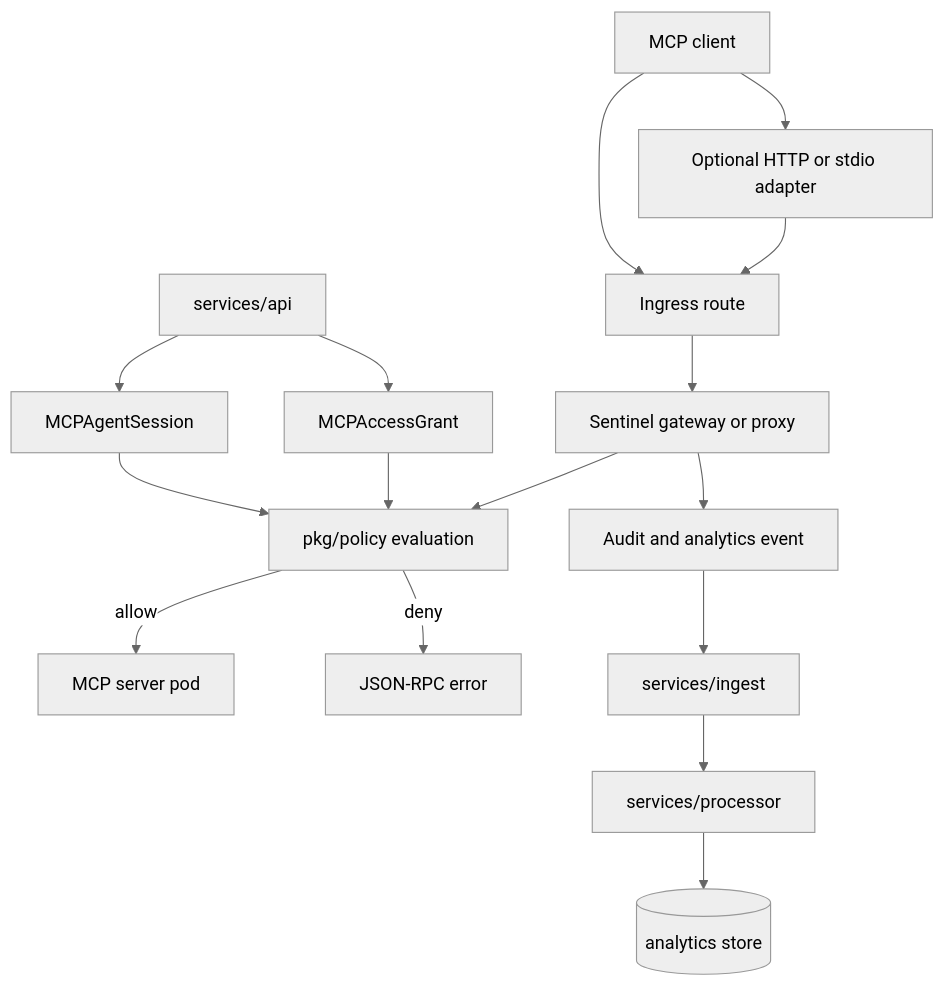
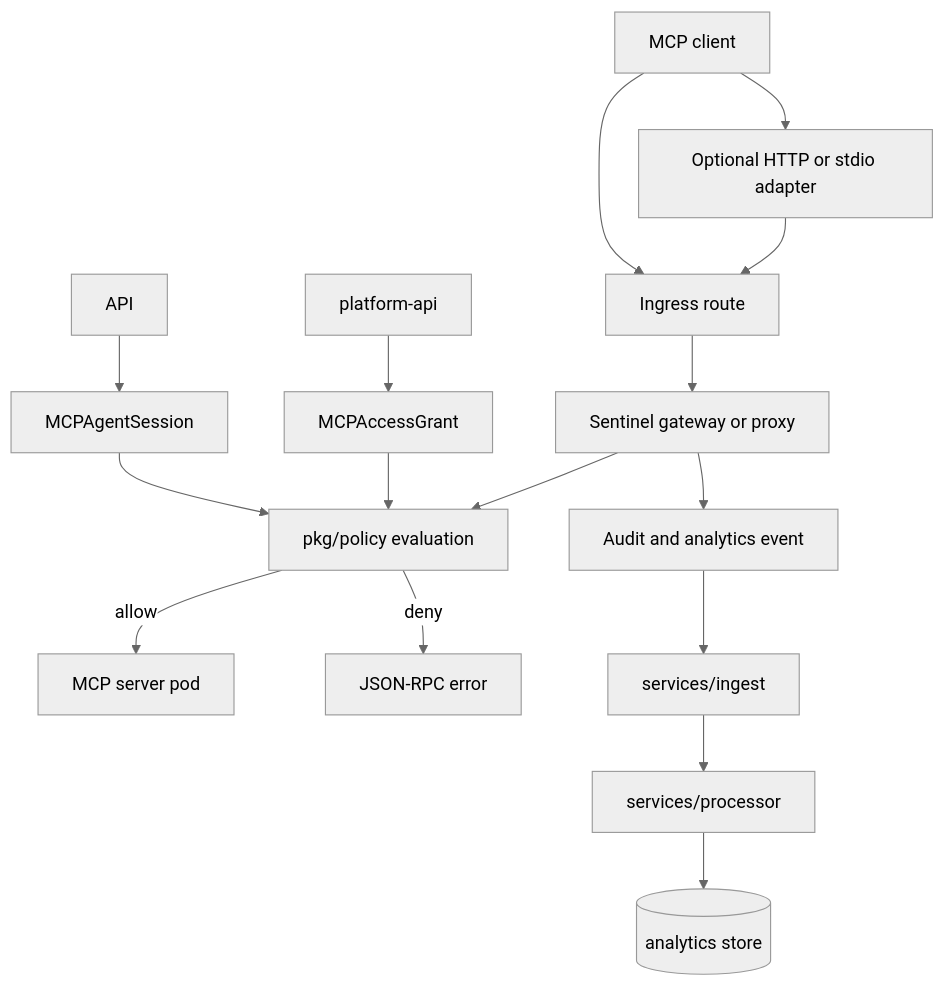
Before and after one commit to Agent-Hellboy/mcp-runtime: the third of 4 diagrams in docs/internals/README.md, drawn with Mermaid (neutral theme). The commit also changed other lines of this file and 351 other files, not shown here.

First line of the commit message:
feat(sentinel): split mcp-sentinel-api into platform, runtime, and analytics services (#324)

````diff
--- a/docs/internals/README.md
+++ b/docs/internals/README.md
@@ -87,18 +92,18 @@
 ```mermaid
 flowchart TD
     Client[MCP client] --> Adapter[Optional HTTP or stdio adapter]
     Adapter --> Route[Ingress route]
     Client --> Route
     Route --> Gateway[Sentinel gateway or proxy]
     Gateway --> Authz[pkg/policy evaluation]
     Authz -->|allow| Server[MCP server pod]
     Authz -->|deny| Deny[JSON-RPC error]
     Gateway --> Events[Audit and analytics event]
     Events --> Ingest[services/ingest]
     Ingest --> Processor[services/processor]
     Processor --> Analytics[(analytics store)]
-    API[services/api] --> Grants[MCPAccessGrant]
+    PlatformAPI[platform-api] --> Grants[MCPAccessGrant]
     API --> Sessions[MCPAgentSession]
     Grants --> Authz
     Sessions --> Authz
 ```
````
